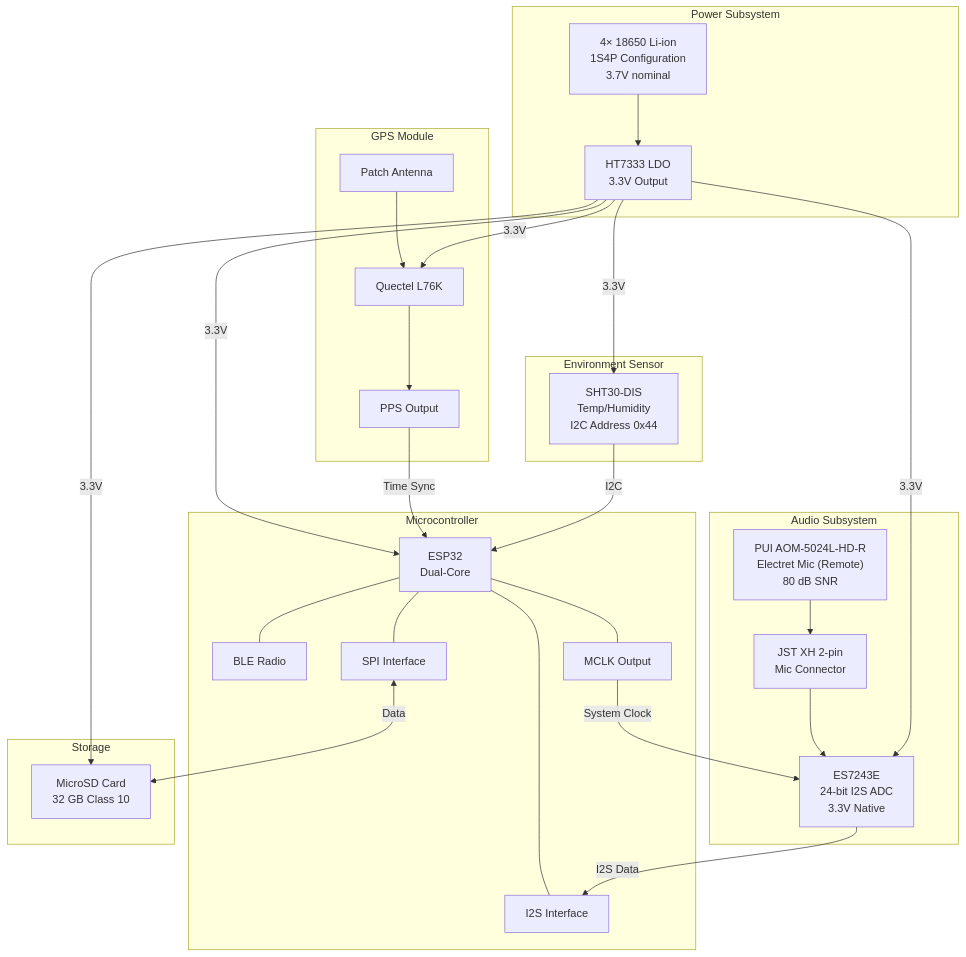
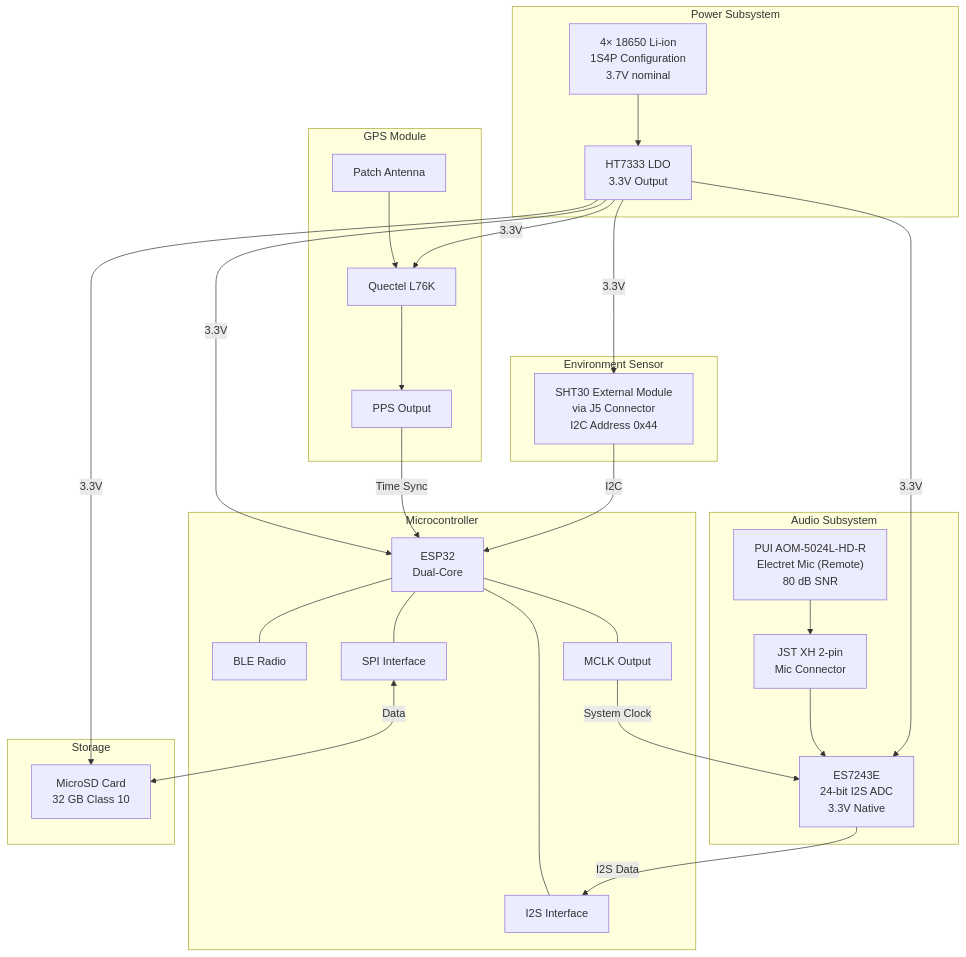
Before and after one commit to chriskinal/QuailTracker: the first of 7 diagrams in QuailARU_Design_Document.md, drawn with Mermaid. The commit also changed other lines of this file and 3 other files, not shown here.

First line of the commit message:
Change SHT30 from bare chip (U3) to external module with J5 connector

````diff
--- a/QuailARU_Design_Document.md
+++ b/QuailARU_Design_Document.md
@@ -47,55 +47,55 @@
 ```mermaid
 flowchart TB
     subgraph Power["Power Subsystem"]
         BAT["4× 18650 Li-ion<br/>1S4P Configuration<br/>3.7V nominal"]
         LDO["HT7333 LDO<br/>3.3V Output"]
         BAT --> LDO
     end
 
     subgraph GPS["GPS Module"]
         L76K["Quectel L76K"]
         ANT["Patch Antenna"]
         PPS["PPS Output"]
         ANT --> L76K
         L76K --> PPS
     end
 
     subgraph MCU["Microcontroller"]
         ESP["ESP32<br/>Dual-Core"]
         BLE["BLE Radio"]
         I2S["I2S Interface"]
         SPI["SPI Interface"]
         MCLK["MCLK Output"]
         ESP --- BLE
         ESP --- I2S
         ESP --- SPI
         ESP --- MCLK
     end
 
     subgraph Audio["Audio Subsystem"]
         MIC["PUI AOM-5024L-HD-R<br/>Electret Mic (Remote)<br/>80 dB SNR"]
         CONN["JST XH 2-pin<br/>Mic Connector"]
         ADC["ES7243E<br/>24-bit I2S ADC<br/>3.3V Native"]
         MIC --> CONN --> ADC
     end
 
     subgraph Storage["Storage"]
         SD["MicroSD Card<br/>32 GB Class 10"]
     end
 
     subgraph Environment["Environment Sensor"]
-        SHT30["SHT30-DIS<br/>Temp/Humidity<br/>I2C Address 0x44"]
+        SHT30["SHT30 External Module<br/>via J5 Connector<br/>I2C Address 0x44"]
     end
 
     LDO -->|3.3V| ESP
     LDO -->|3.3V| ADC
     LDO -->|3.3V| L76K
     LDO -->|3.3V| SD
     LDO -->|3.3V| SHT30
 
     PPS -->|Time Sync| ESP
     ADC -->|I2S Data| I2S
     MCLK -->|System Clock| ADC
     SPI <-->|Data| SD
     SHT30 -->|I2C| ESP
 ```
````
